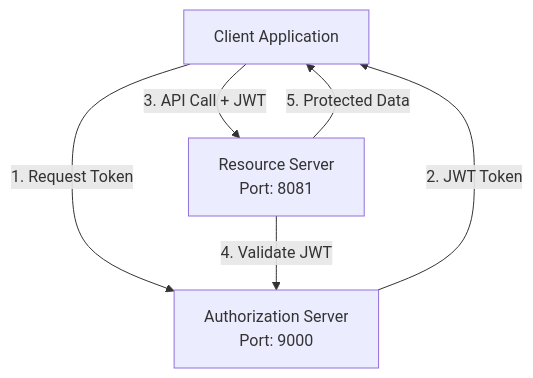
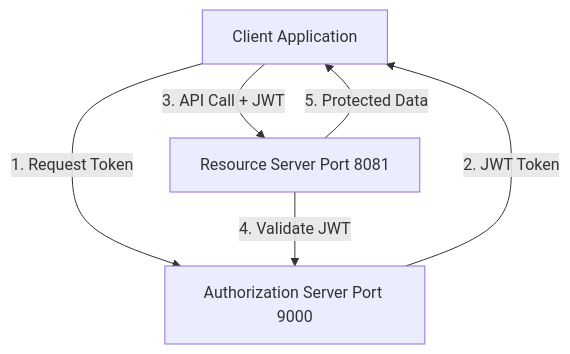
The diagram in README.md (ngothuongnam/spring-resource-server), drawn with Mermaid before and after one commit.

````diff
--- a/README.md
+++ b/README.md
@@ -16,12 +16,12 @@
 ```mermaid
 graph TB
     Client[Client Application] 
-    AuthServer[Authorization Server\nPort: 9000]
-    ResourceServer[Resource Server\nPort: 8081]
+    AuthServer[Authorization Server Port 9000]
+    ResourceServer[Resource Server Port 8081]
     
     Client -->|1. Request Token| AuthServer
     AuthServer -->|2. JWT Token| Client
     Client -->|3. API Call + JWT| ResourceServer
     ResourceServer -->|4. Validate JWT| AuthServer
     ResourceServer -->|5. Protected Data| Client
 ```
````
